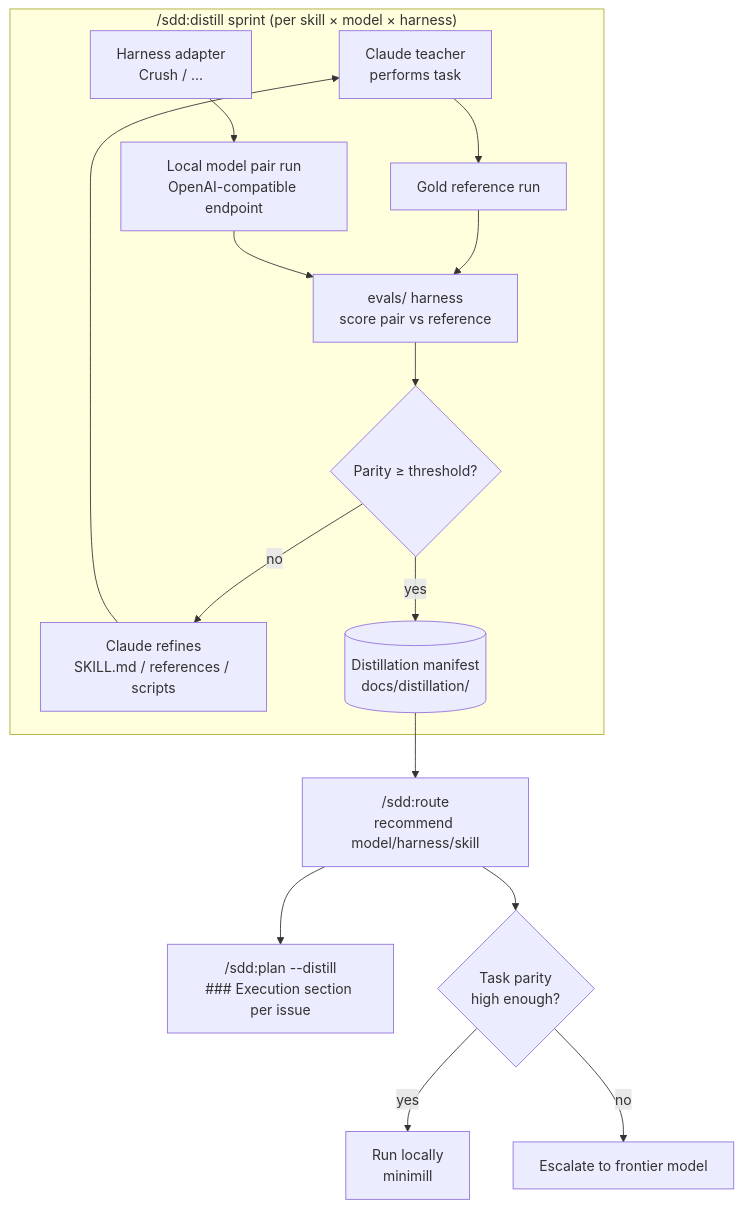
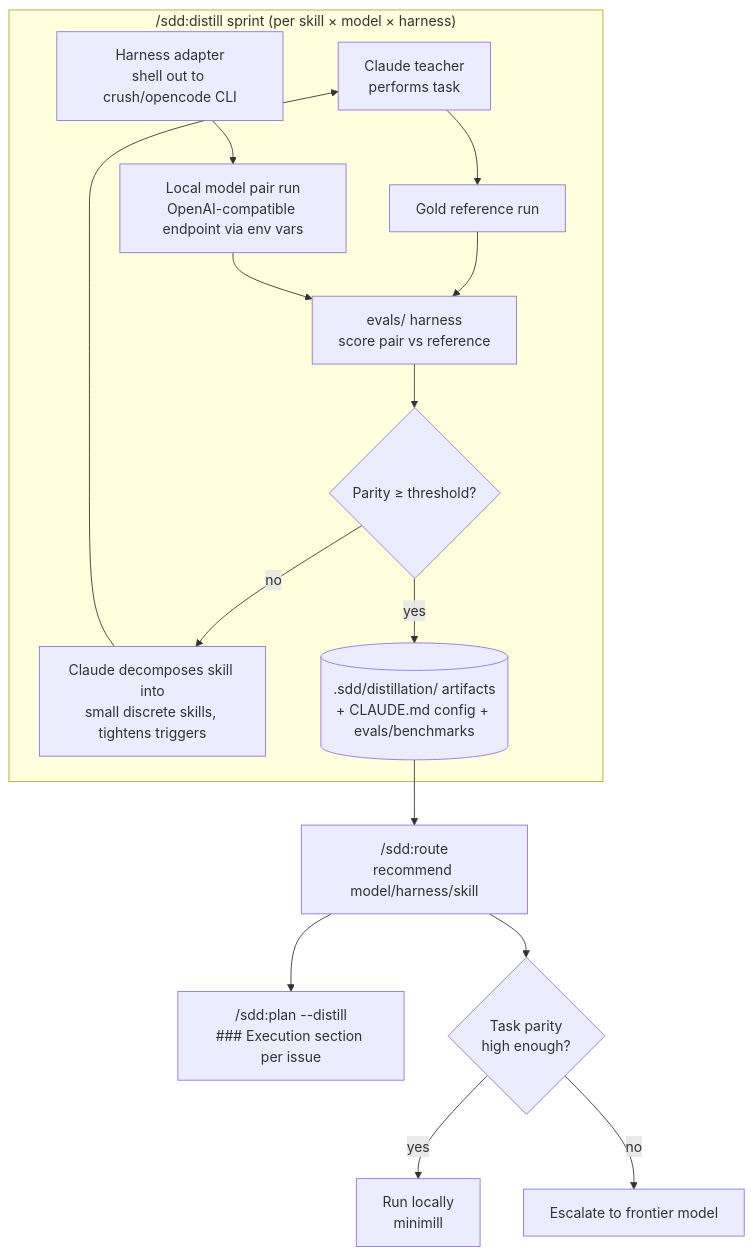
One commit to joestump/claude-plugin-sdd changed the diagram in docs/adrs/ADR-0034-skill-distillation-for-local-models.md. Above: the diagram before and after it, drawn with Mermaid. The commit also changed other lines of this file and 3 other files, not shown here.

````diff
--- a/docs/adrs/ADR-0034-skill-distillation-for-local-models.md
+++ b/docs/adrs/ADR-0034-skill-distillation-for-local-models.md
@@ -101,19 +106,19 @@
 ```mermaid
 flowchart TD
     subgraph Sprint["/sdd:distill sprint (per skill × model × harness)"]
         T[Claude teacher\nperforms task] --> REF[Gold reference run]
-        ADP[Harness adapter\nCrush / ...] --> PAIR[Local model pair run\nOpenAI-compatible endpoint]
+        ADP[Harness adapter\nshell out to crush/opencode CLI] --> PAIR[Local model pair run\nOpenAI-compatible endpoint via env vars]
         REF --> EVAL[evals/ harness\nscore pair vs reference]
         PAIR --> EVAL
         EVAL --> PAR{Parity ≥ threshold?}
-        PAR -- no --> REFINE[Claude refines\nSKILL.md / references / scripts]
+        PAR -- no --> REFINE[Claude decomposes skill into\nsmall discrete skills, tightens triggers]
         REFINE --> T
-        PAR -- yes --> MAN[(Distillation manifest\ndocs/distillation/)]
+        PAR -- yes --> MAN[(.sdd/distillation/ artifacts\n+ CLAUDE.md config + evals/benchmarks)]
     end
 
     MAN --> ROUTE["/sdd:route\nrecommend model/harness/skill"]
     ROUTE --> PLAN["/sdd:plan --distill\n### Execution section per issue"]
     ROUTE --> ESC{Task parity\nhigh enough?}
     ESC -- yes --> LOCAL[Run locally\nminimill]
     ESC -- no --> CLOUD[Escalate to frontier model]
 ```
````
